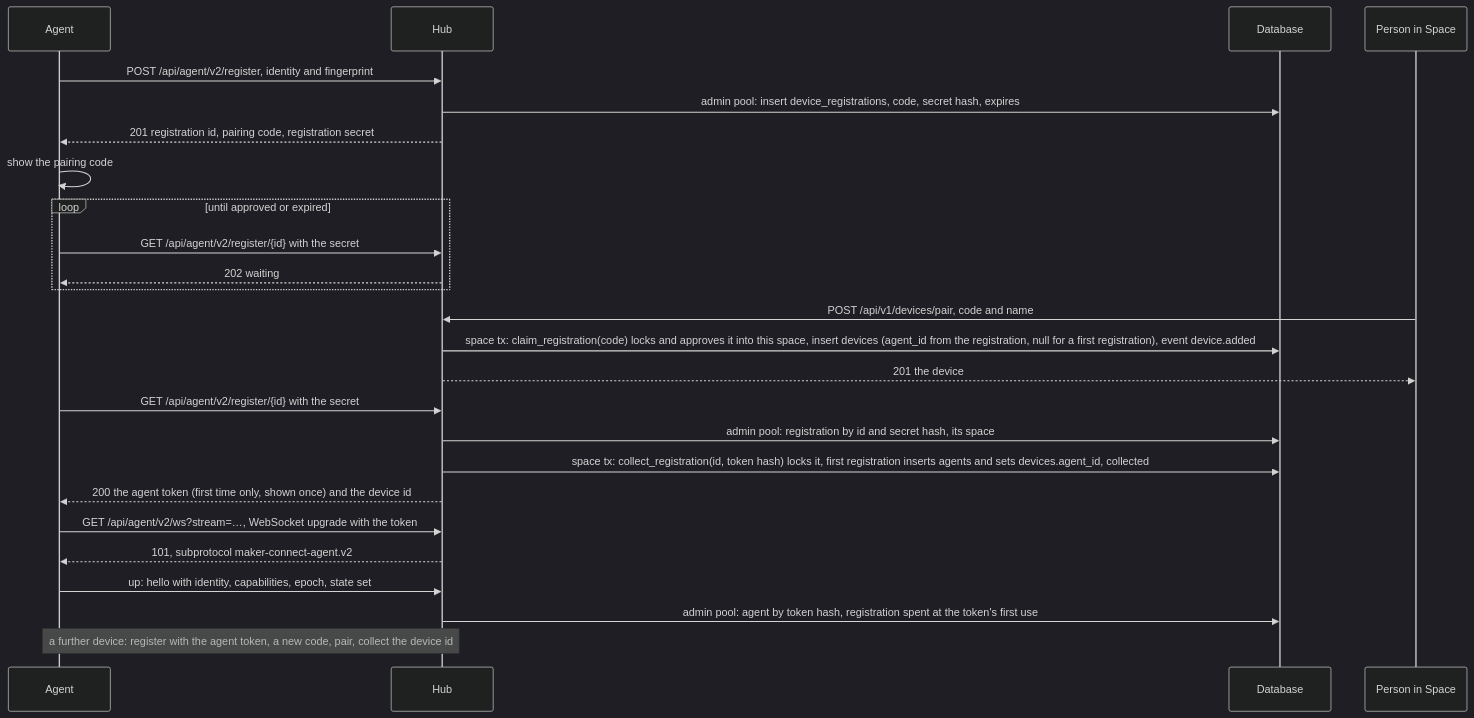
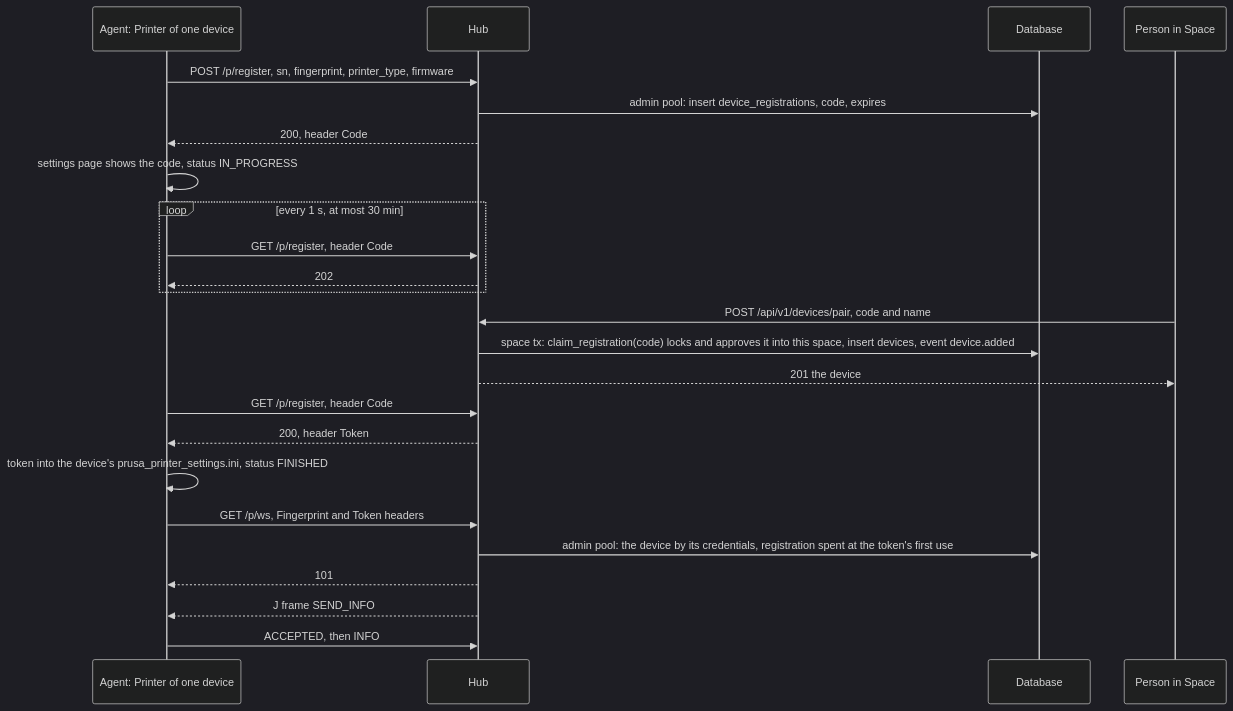
One commit to CuriousTimo/Maker-Connect changed the first of 7 diagrams in docs/design/flows.md. Above: the diagram before and after it, drawn with Mermaid (dark theme). The commit also changed other lines of this file and 12 other files, not shown here.

First line of the commit message:
design: the agent link is the Prusa Connect printer protocol

````diff
--- a/docs/design/flows.md
+++ b/docs/design/flows.md
@@ -18,27 +18,26 @@
 ```mermaid
 sequenceDiagram
-  participant A as Agent
+  participant A as Agent: Printer of one device
   participant H as Hub
   participant D as Database
   participant P as Person in Space
-  A->>H: POST /api/agent/v2/register, identity and fingerprint
-  H->>D: admin pool: insert device_registrations, code, secret hash, expires
-  H-->>A: 201 registration id, pairing code, registration secret
-  A->>A: show the pairing code
-  loop until approved or expired
-    A->>H: GET /api/agent/v2/register/{id} with the secret
-    H-->>A: 202 waiting
+  A->>H: POST /p/register, sn, fingerprint, printer_type, firmware
+  H->>D: admin pool: insert device_registrations, code, expires
+  H-->>A: 200, header Code
+  A->>A: settings page shows the code, status IN_PROGRESS
+  loop every 1 s, at most 30 min
+    A->>H: GET /p/register, header Code
+    H-->>A: 202
   end
   P->>H: POST /api/v1/devices/pair, code and name
-  H->>D: space tx: claim_registration(code) locks and approves it into this space, insert devices (agent_id from the registration, null for a first registration), event device.added
+  H->>D: space tx: claim_registration(code) locks and approves it into this space, insert devices, event device.added
   H-->>P: 201 the device
-  A->>H: GET /api/agent/v2/register/{id} with the secret
-  H->>D: admin pool: registration by id and secret hash, its space
-  H->>D: space tx: collect_registration(id, token hash) locks it, first registration inserts agents and sets devices.agent_id, collected
-  H-->>A: 200 the agent token (first time only, shown once) and the device id
-  A->>H: GET /api/agent/v2/ws?stream=…, WebSocket upgrade with the token
-  H-->>A: 101, subprotocol maker-connect-agent.v2
-  A->>H: up: hello with identity, capabilities, epoch, state set
-  H->>D: admin pool: agent by token hash, registration spent at the token's first use
-  Note over A,H: a further device: register with the agent token, a new code, pair, collect the device id
+  A->>H: GET /p/register, header Code
+  H-->>A: 200, header Token
+  A->>A: token into the device's prusa_printer_settings.ini, status FINISHED
+  A->>H: GET /p/ws, Fingerprint and Token headers
+  H->>D: admin pool: the device by its credentials, registration spent at the token's first use
+  H-->>A: 101
+  H-->>A: J frame SEND_INFO
+  A->>H: ACCEPTED, then INFO
 ```
````
